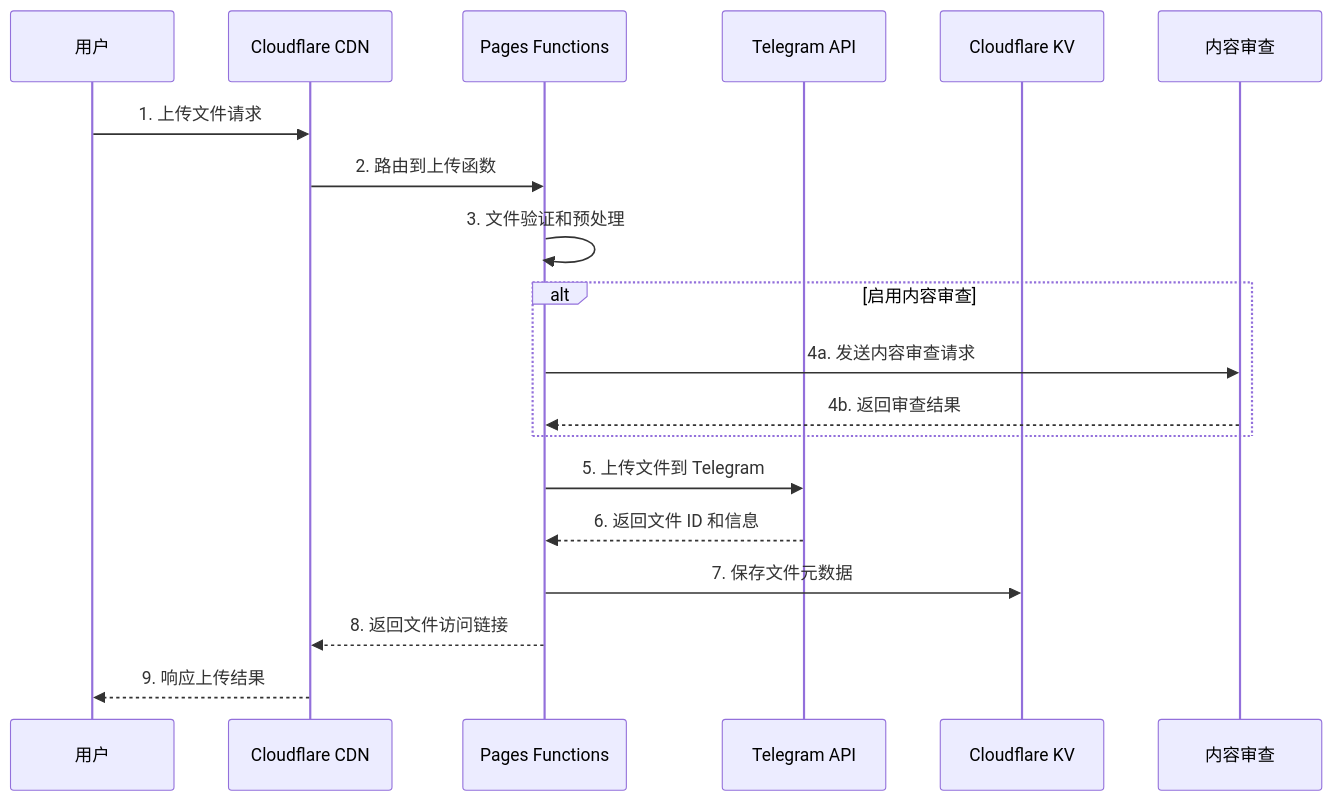
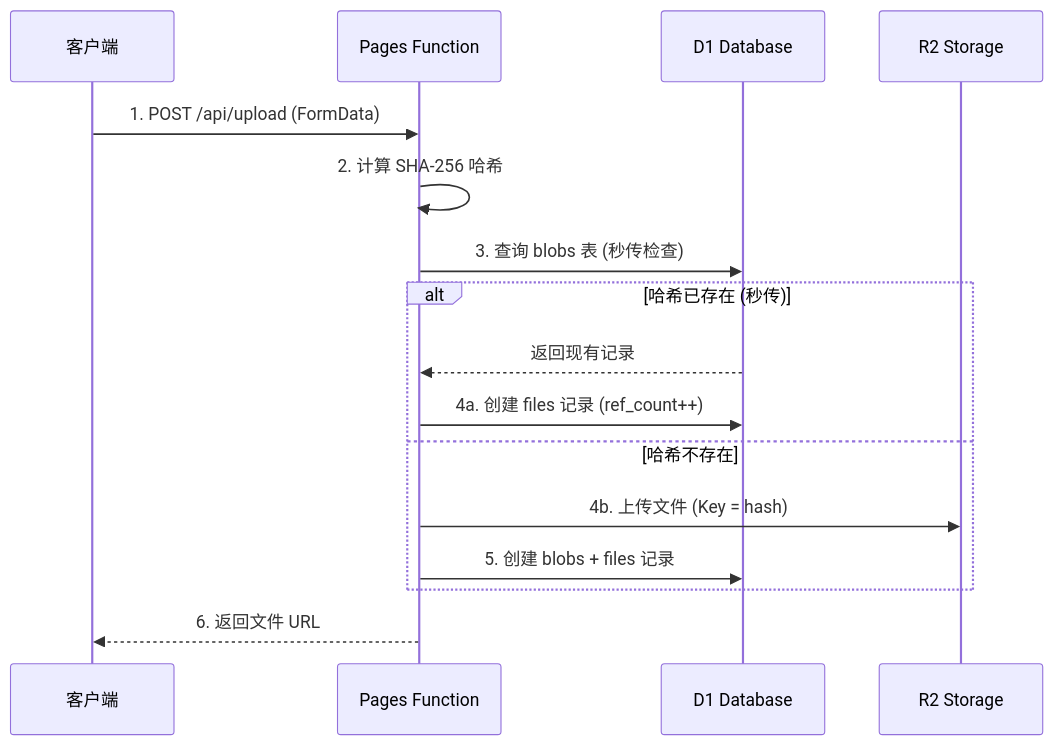
Before and after one commit to lelouch0823/KK-Image: the third of 4 diagrams in docs/architecture/system-overview.md, drawn with Mermaid. The commit also changed other lines of this file and 71 other files, not shown here.

````diff
--- a/docs/architecture/system-overview.md
+++ b/docs/architecture/system-overview.md
@@ -186,24 +123,21 @@
 ```mermaid
 sequenceDiagram
-    participant User as 用户
-    participant CDN as Cloudflare CDN
-    participant CF as Pages Functions
-    participant TG as Telegram API
-    participant KV as Cloudflare KV
-    participant MC as 内容审查
+    participant Client as 客户端
+    participant Pages as Pages Function
+    participant D1 as D1 Database
+    participant R2 as R2 Storage
     
-    User->>CDN: 1. 上传文件请求
-    CDN->>CF: 2. 路由到上传函数
-    CF->>CF: 3. 文件验证和预处理
+    Client->>Pages: 1. POST /api/upload (FormData)
+    Pages->>Pages: 2. 计算 SHA-256 哈希
+    Pages->>D1: 3. 查询 blobs 表 (秒传检查)
     
-    alt 启用内容审查
-        CF->>MC: 4a. 发送内容审查请求
-        MC-->>CF: 4b. 返回审查结果
+    alt 哈希已存在 (秒传)
+        D1-->>Pages: 返回现有记录
+        Pages->>D1: 4a. 创建 files 记录 (ref_count++)
+    else 哈希不存在
+        Pages->>R2: 4b. 上传文件 (Key = hash)
+        Pages->>D1: 5. 创建 blobs + files 记录
     end
     
-    CF->>TG: 5. 上传文件到 Telegram
-    TG-->>CF: 6. 返回文件 ID 和信息
-    CF->>KV: 7. 保存文件元数据
-    CF-->>CDN: 8. 返回文件访问链接
-    CDN-->>User: 9. 响应上传结果
+    Pages-->>Client: 6. 返回文件 URL
 ```
````
